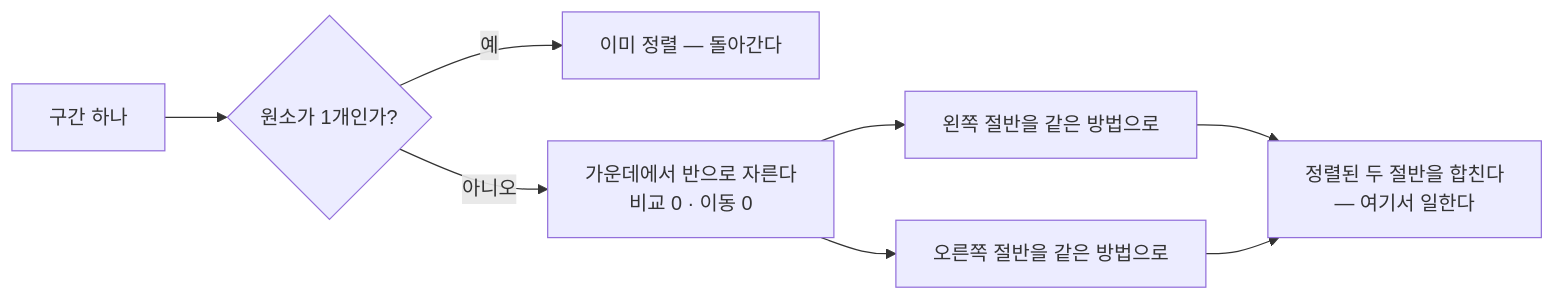
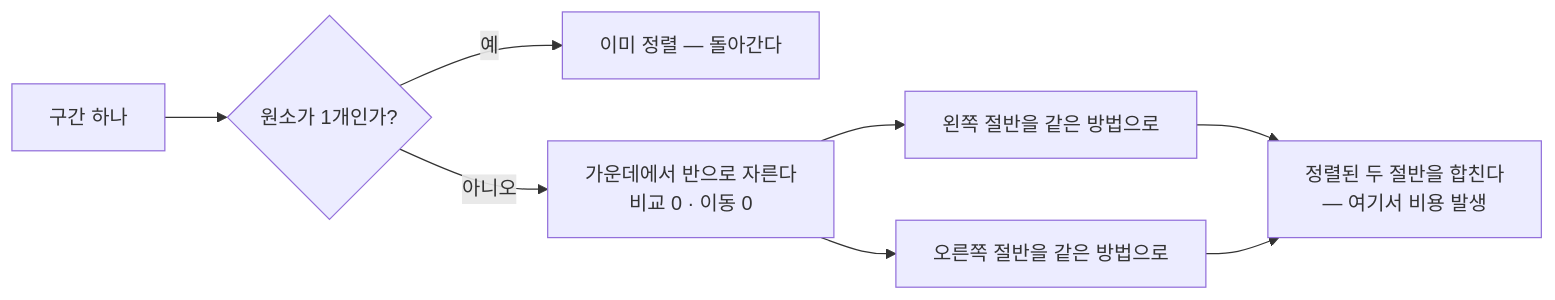
Before and after one commit to SungHyuk108/Advanced_algorithm_SungHyukKim_Comparing_Sorting: the third of 10 diagrams in report/REPORT.md, drawn with Mermaid. The commit also changed other lines of this file and 1 other file, not shown here.

````diff
--- a/report/REPORT.md
+++ b/report/REPORT.md
@@ -189,10 +190,10 @@
 ```mermaid
 flowchart LR
     A["구간 하나"] --> B{"원소가 1개인가?"}
     B -->|"예"| Z["이미 정렬 — 돌아간다"]
     B -->|"아니오"| C["가운데에서 반으로 자른다<br/>비교 0 · 이동 0"]
     C --> L["왼쪽 절반을 같은 방법으로"]
     C --> R["오른쪽 절반을 같은 방법으로"]
-    L --> M["정렬된 두 절반을 합친다<br/>— 여기서 일한다"]
+    L --> M["정렬된 두 절반을 합친다<br/>— 여기서 비용 발생"]
     R --> M
 ```
````
